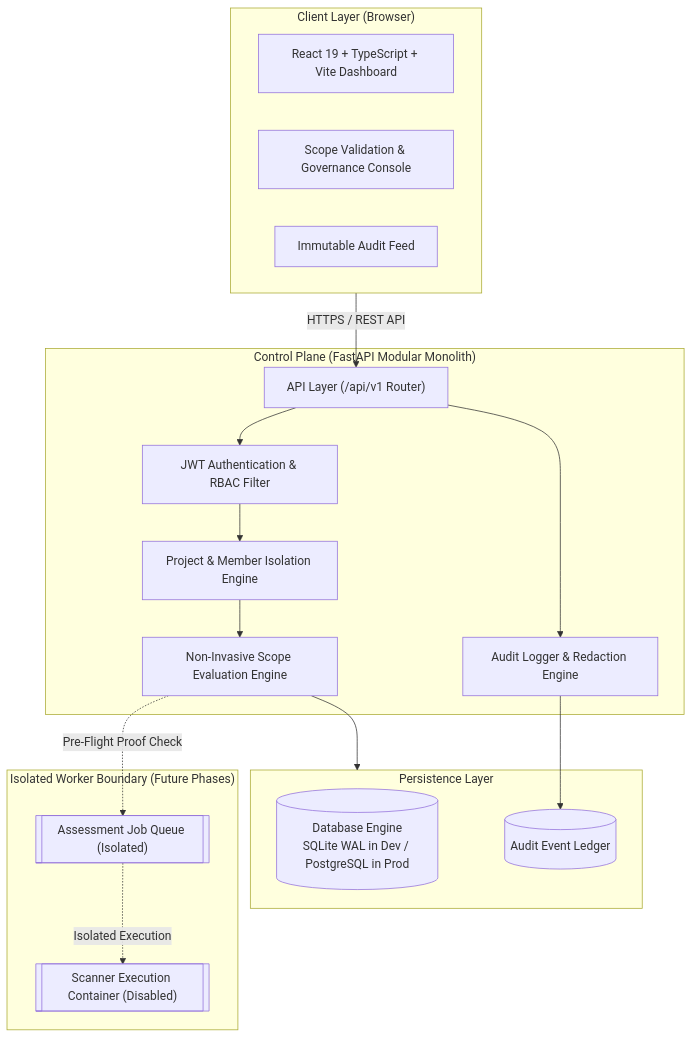
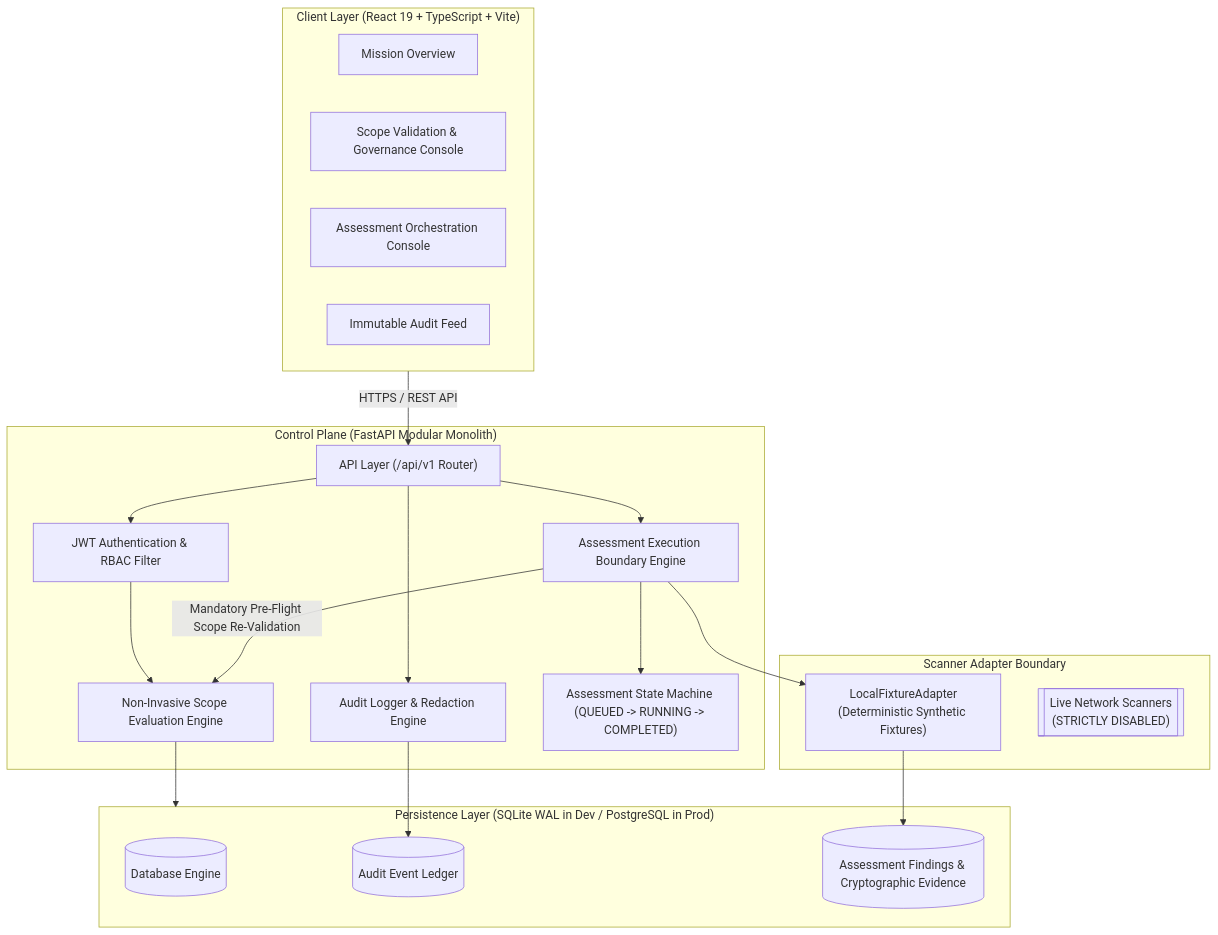
One commit to darkboyO7/sec_sys changed the first of 2 diagrams in docs/ARCHITECTURE.md. Above: the diagram before and after it, drawn with Mermaid. The commit also changed other lines of this file and 23 other files, not shown here.

Commit message:
feat(assessments): Phase 2 assessment orchestration, state machine, local fixture adapter, findings & evidence provenance, and UI

````diff
--- a/docs/ARCHITECTURE.md
+++ b/docs/ARCHITECTURE.md
@@ -13,36 +13,41 @@
 ```mermaid
 flowchart TD
-    subgraph UI ["Client Layer (Browser)"]
-        ReactDashboard["React 19 + TypeScript + Vite Dashboard"]
+    subgraph UI ["Client Layer (React 19 + TypeScript + Vite)"]
+        Dashboard["Mission Overview"]
         ScopeConsole["Scope Validation & Governance Console"]
+        AssessmentConsole["Assessment Orchestration Console"]
         AuditViewer["Immutable Audit Feed"]
     end
 
     subgraph ControlPlane ["Control Plane (FastAPI Modular Monolith)"]
         API_Gateway["API Layer (/api/v1 Router)"]
         AuthMiddleware["JWT Authentication & RBAC Filter"]
         AuditService["Audit Logger & Redaction Engine"]
         ScopeEngine["Non-Invasive Scope Evaluation Engine"]
-        ProjectService["Project & Member Isolation Engine"]
+        AssessmentEngine["Assessment Execution Boundary Engine"]
+        StateMachine["Assessment State Machine (QUEUED -> RUNNING -> COMPLETED)"]
     end
 
-    subgraph Persistence ["Persistence Layer"]
-        DB[(Database Engine\nSQLite WAL in Dev / PostgreSQL in Prod)]
-        AuditLedger[(Audit Event Ledger)]
+    subgraph AdapterLayer ["Scanner Adapter Boundary"]
+        LocalAdapter["LocalFixtureAdapter\n(Deterministic Synthetic Fixtures)"]
+        RawScannerWorkers[["Live Network Scanners\n(STRICTLY DISABLED)"]]
     end
 
-    subgraph WorkerBoundary ["Isolated Worker Boundary (Future Phases)"]
-        WorkerQueue[["Assessment Job Queue (Isolated)"]]
-        ScannerWorker[["Scanner Execution Container (Disabled)"]]
+    subgraph Persistence ["Persistence Layer (SQLite WAL in Dev / PostgreSQL in Prod)"]
+        DB[(Database Engine)]
+        AuditLedger[(Audit Event Ledger)]
+        Findings[(Assessment Findings & Cryptographic Evidence)]
     end
 
     UI -->|HTTPS / REST API| API_Gateway
     API_Gateway --> AuthMiddleware
-    AuthMiddleware --> ProjectService
-    ProjectService --> ScopeEngine
+    AuthMiddleware --> ScopeEngine
     ScopeEngine --> Persistence
+    API_Gateway --> AssessmentEngine
+    AssessmentEngine -->|Mandatory Pre-Flight Scope Re-Validation| ScopeEngine
+    AssessmentEngine --> StateMachine
+    AssessmentEngine --> LocalAdapter
+    LocalAdapter --> Findings
     API_Gateway --> AuditService
     AuditService --> AuditLedger
-    ScopeEngine -.->|Pre-Flight Proof Check| WorkerQueue
-    WorkerQueue -.->|Isolated Execution| ScannerWorker
 ```
````
